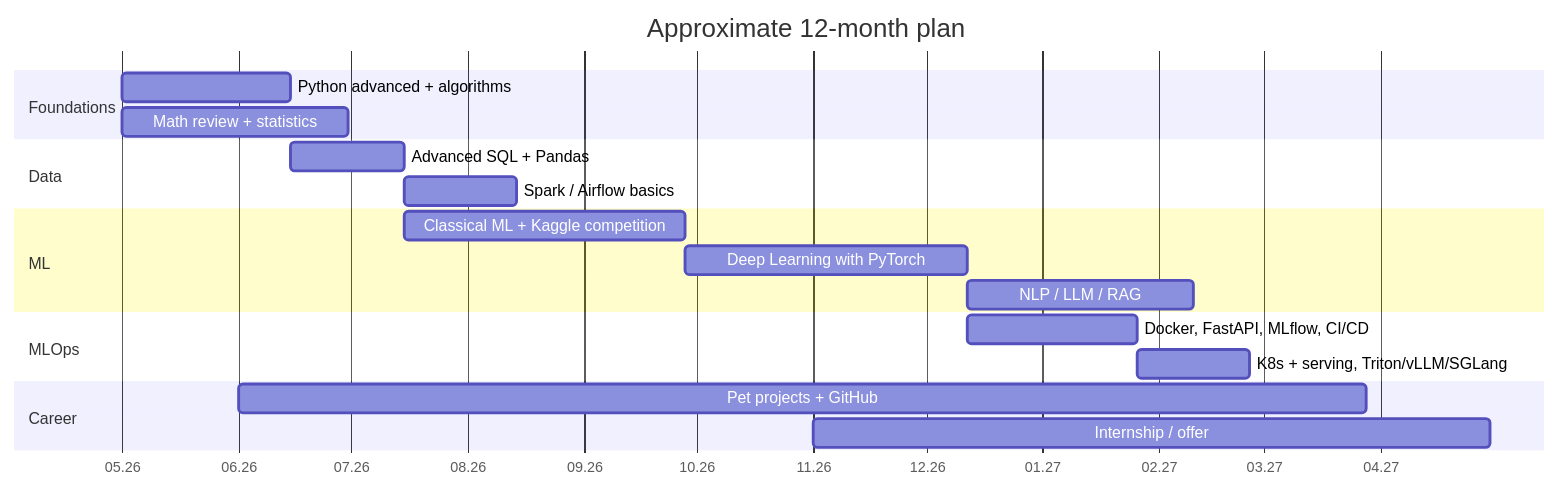
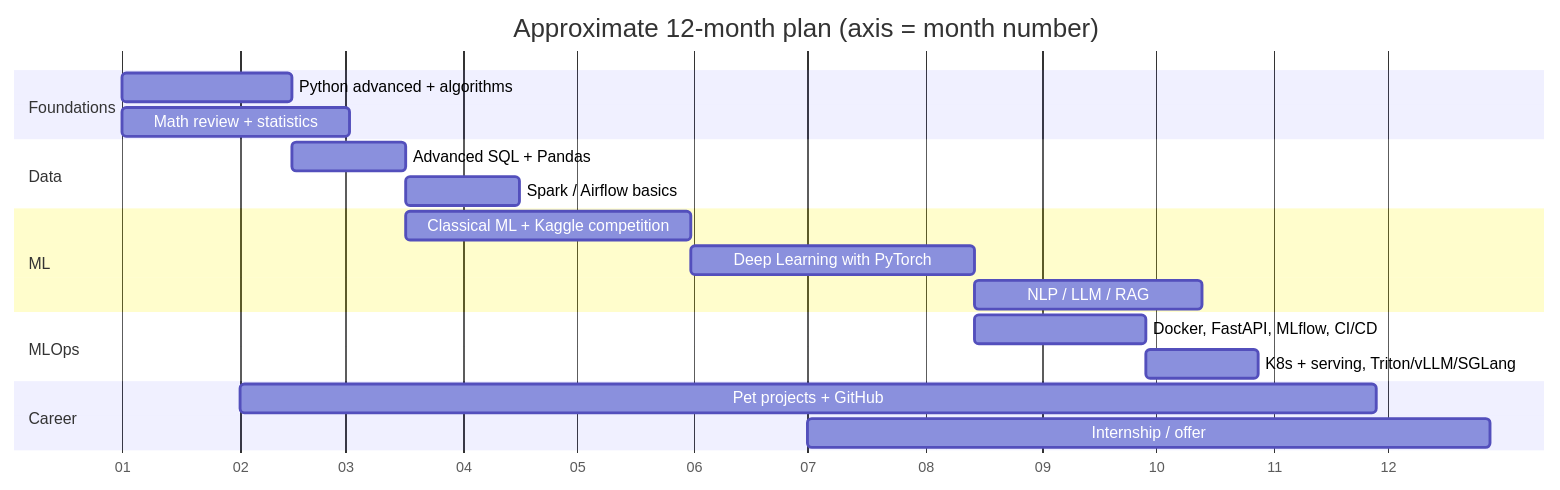
One commit to vincere-mori/ml-engineer-roadmap changed the second of 2 diagrams in README.md. Above: the diagram before and after it, drawn with Mermaid. The commit also changed other lines of this file and 31 other files, not shown here.

````diff
--- a/README.md
+++ b/README.md
@@ -76,27 +80,27 @@
 ```mermaid
 gantt
-    title Approximate 12-month plan
+    title Approximate 12-month plan (axis = month number)
     dateFormat  YYYY-MM-DD
-    axisFormat  %m.%y
+    axisFormat  %m
 
     section Foundations
-    Python advanced + algorithms   :a1, 2026-05-01, 45d
-    Math review + statistics       :a2, 2026-05-01, 60d
+    Python advanced + algorithms   :a1, 2026-01-01, 45d
+    Math review + statistics       :a2, 2026-01-01, 60d
 
     section Data
     Advanced SQL + Pandas          :b1, after a1, 30d
     Spark / Airflow basics         :b2, after b1, 30d
 
     section ML
     Classical ML + Kaggle competition :c1, after b1, 75d
     Deep Learning with PyTorch        :c2, after c1, 75d
     NLP / LLM / RAG                   :c3, after c2, 60d
 
     section MLOps
     Docker, FastAPI, MLflow, CI/CD :d1, after c2, 45d
     K8s + serving, Triton/vLLM/SGLang :d2, after d1, 30d
 
     section Career
-    Pet projects + GitHub          :e1, 2026-06-01, 300d
-    Internship / offer             :e2, 2026-11-01, 180d
+    Pet projects + GitHub          :e1, 2026-02-01, 300d
+    Internship / offer             :e2, 2026-07-01, 180d
 ```
````
